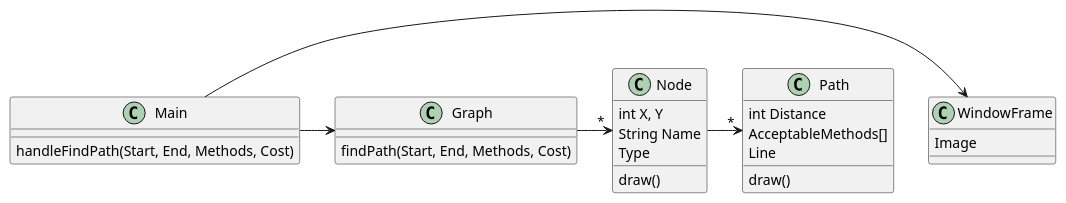
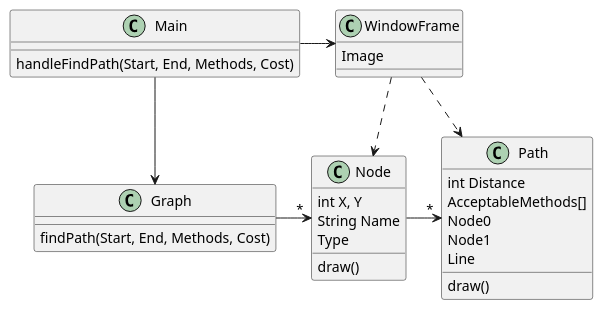
The diagram in LordOfTheRingsMap.plantuml (SangerC/LordOfTheRingsMap), drawn with PlantUML before and after one commit.

Commit message:
Updated UML

```diff
--- a/LordOfTheRingsMap.plantuml
+++ b/LordOfTheRingsMap.plantuml
@@ -1,29 +1,33 @@
 @startuml
 
 class Main{
     handleFindPath(Start, End, Methods, Cost)
 }
 class WindowFrame{
     Image
 }
 class Graph{
     findPath(Start, End, Methods, Cost)
 }
 class Node{
     int X, Y
     String Name
     Type
     draw()
 }
 class Path{
     int Distance
     AcceptableMethods[]
+    Node0
+    Node1
     Line
     draw()
 }
 
 Main -> WindowFrame
 Main -> Graph
 Graph -> "*" Node
 Node -> "*" Path
+WindowFrame ..> Node
+WindowFrame ..> Path
 @enduml
```
